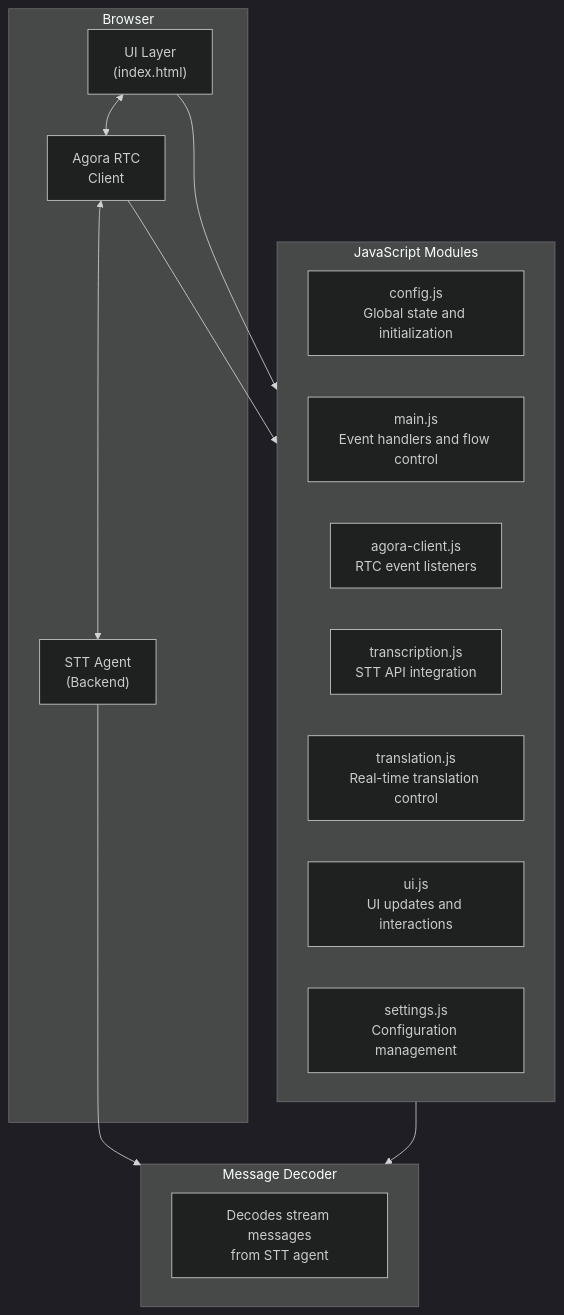
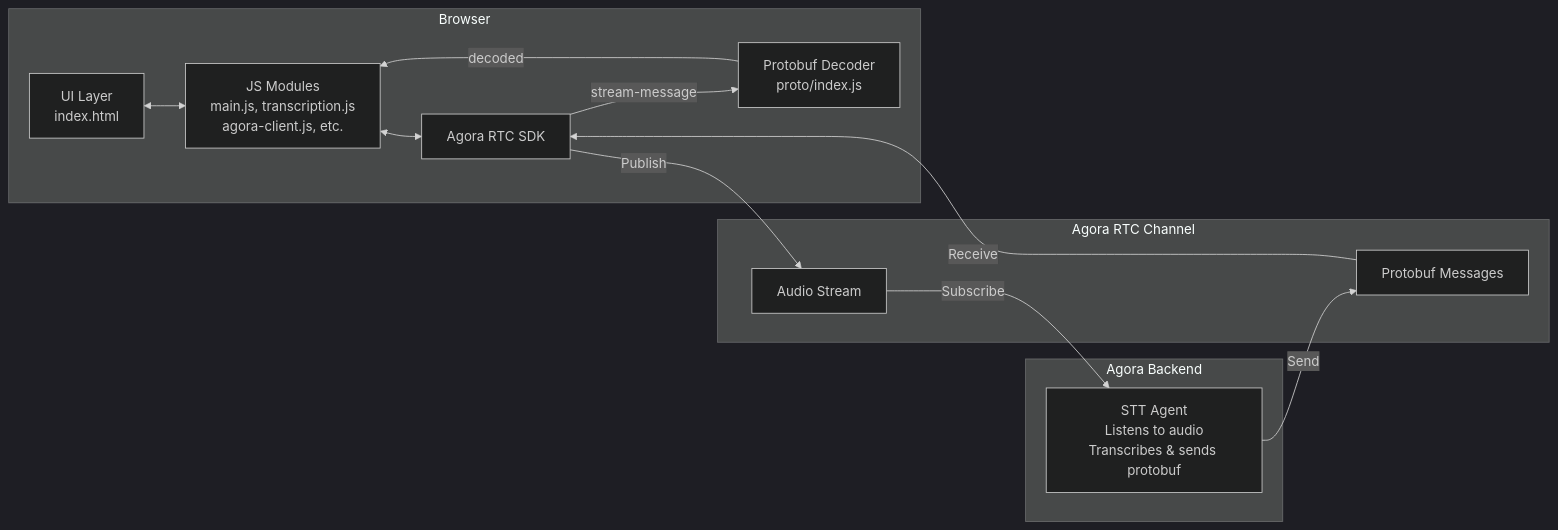
The diagram in GUIDE.md (frank005/stt), drawn with Mermaid (dark theme) before and after one commit.

Commit message:
Update architecture diagram to accurately show browser components and STT agent flow

````diff
--- a/GUIDE.md
+++ b/GUIDE.md
@@ -22,30 +22,28 @@
 ```mermaid
-flowchart TB
+flowchart LR
     subgraph Browser["Browser"]
-        UI["UI Layer<br/>(index.html)"]
-        RTC["Agora RTC<br/>Client"]
-        STT["STT Agent<br/>(Backend)"]
+        UI["UI Layer<br/>index.html"]
+        JS["JS Modules<br/>main.js, transcription.js<br/>agora-client.js, etc."]
+        RTC["Agora RTC SDK"]
+        Proto["Protobuf Decoder<br/>proto/index.js"]
         
-        UI <--> RTC
-        RTC <--> STT
+        UI <--> JS
+        JS <--> RTC
+        RTC -->|stream-message| Proto
+        Proto -->|decoded| JS
     end
     
-    subgraph JS["JavaScript Modules"]
-        Config["config.js<br/>Global state and initialization"]
-        Main["main.js<br/>Event handlers and flow control"]
-        AgoraClient["agora-client.js<br/>RTC event listeners"]
-        Transcription["transcription.js<br/>STT API integration"]
-        Translation["translation.js<br/>Real-time translation control"]
-        UI_JS["ui.js<br/>UI updates and interactions"]
-        Settings["settings.js<br/>Configuration management"]
+    subgraph Channel["Agora RTC Channel"]
+        Audio["Audio Stream"]
+        Stream["Protobuf Messages"]
     end
     
-    subgraph Decoder["Message Decoder"]
-        Decode["Decodes stream messages<br/>from STT agent"]
+    subgraph Backend["Agora Backend"]
+        STT["STT Agent<br/>Listens to audio<br/>Transcribes & sends protobuf"]
     end
     
-    UI --> JS
-    RTC --> JS
-    STT --> Decoder
-    JS --> Decoder
+    RTC -->|Publish| Audio
+    Audio -->|Subscribe| STT
+    STT -->|Send| Stream
+    Stream -->|Receive| RTC
 ```
````
